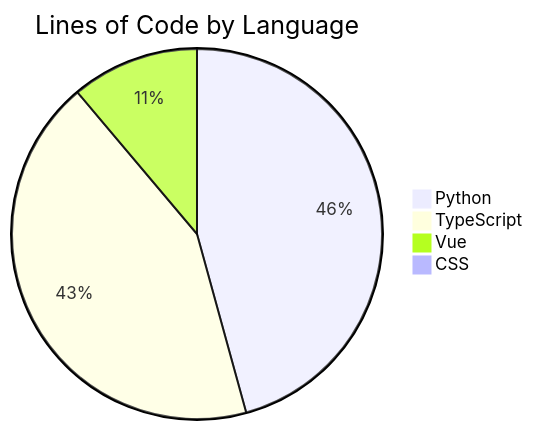
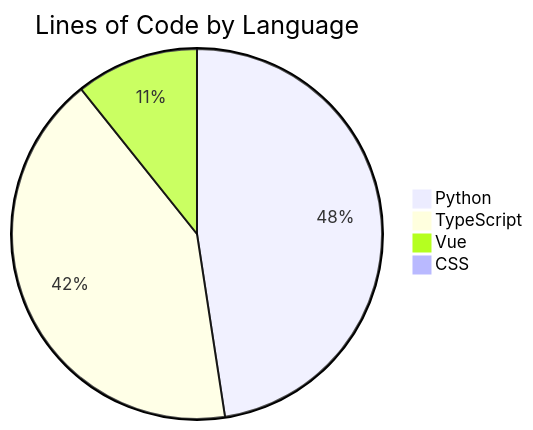
The diagram in README.md (ISW-stack/AI3L-Community), drawn with Mermaid before and after one commit. The commit also changed other lines of this file and 1 other file, not shown here.

````diff
--- a/README.md
+++ b/README.md
@@ -247,7 +247,7 @@
 ```mermaid
 pie title Lines of Code by Language
-    "Python" : 86535
-    "TypeScript" : 81621
-    "Vue" : 21108
-    "CSS" : 109
+    "Python" : 95119
+    "TypeScript" : 83346
+    "Vue" : 21462
+    "CSS" : 126
 ```
````
